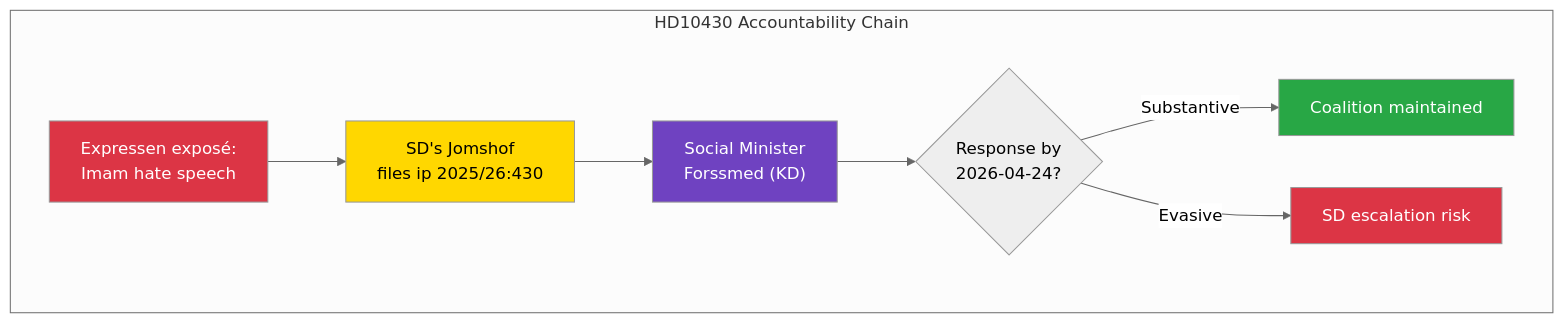
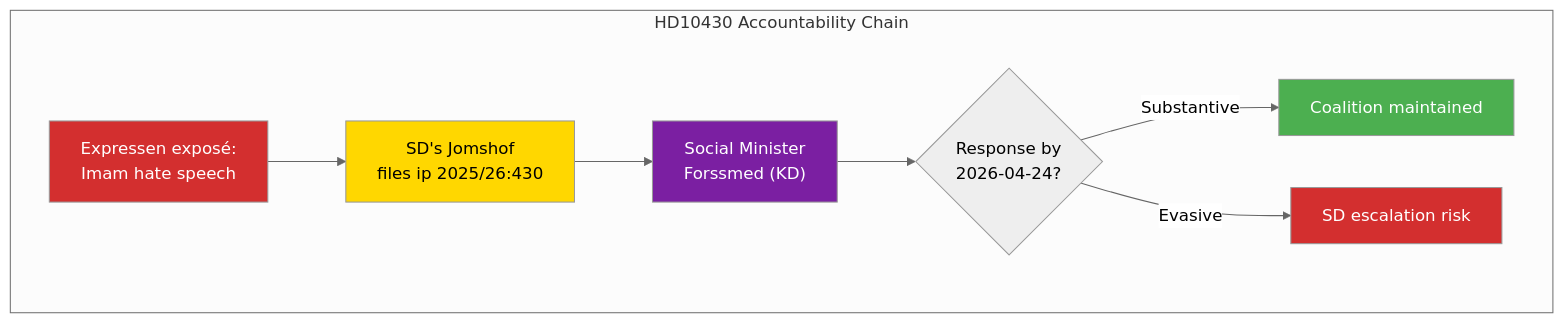
One commit to Hack23/riksdagsmonitor changed the diagram in analysis/daily/2026-04-13/interpellations/documents/hd10430-analysis.md. Above: the diagram before and after it, drawn with Mermaid (neutral theme). The commit also changed 785 other files, not shown here.

First line of the commit message:
Normalize mermaid colors across 786 analysis artifacts to ISMS Style Guide palette

````diff
--- a/analysis/daily/2026-04-13/interpellations/documents/hd10430-analysis.md
+++ b/analysis/daily/2026-04-13/interpellations/documents/hd10430-analysis.md
@@ -45,15 +45,15 @@
 ```mermaid
 graph TD
     subgraph "HD10430 Accountability Chain"
         A["Expressen exposé:<br/>Imam hate speech"] --> B["SD's Jomshof<br/>files ip 2025/26:430"]
         B --> C["Social Minister<br/>Forssmed (KD)"]
         C --> D{"Response by<br/>2026-04-24?"}
         D -->|Substantive| E["Coalition maintained"]
         D -->|Evasive| F["SD escalation risk"]
     end
-    style A fill:#dc3545,color:#fff
-    style B fill:#ffd700,color:#000
-    style C fill:#6f42c1,color:#fff
-    style E fill:#28a745,color:#fff
-    style F fill:#dc3545,color:#fff
+    style A fill:#D32F2F,color:#FFFFFF
+    style B fill:#ffd700,color:#000000
+    style C fill:#7B1FA2,color:#FFFFFF
+    style E fill:#4CAF50,color:#FFFFFF
+    style F fill:#D32F2F,color:#FFFFFF
 ```
````
